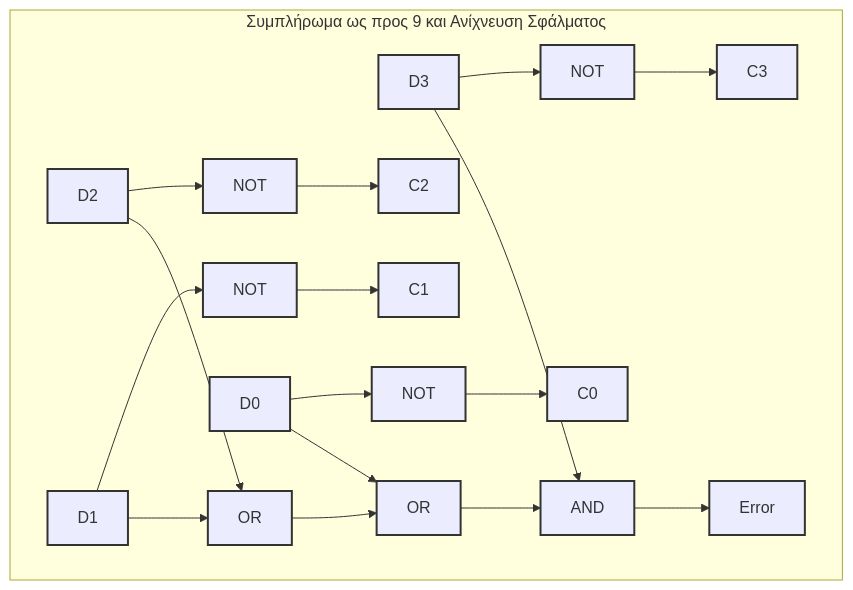
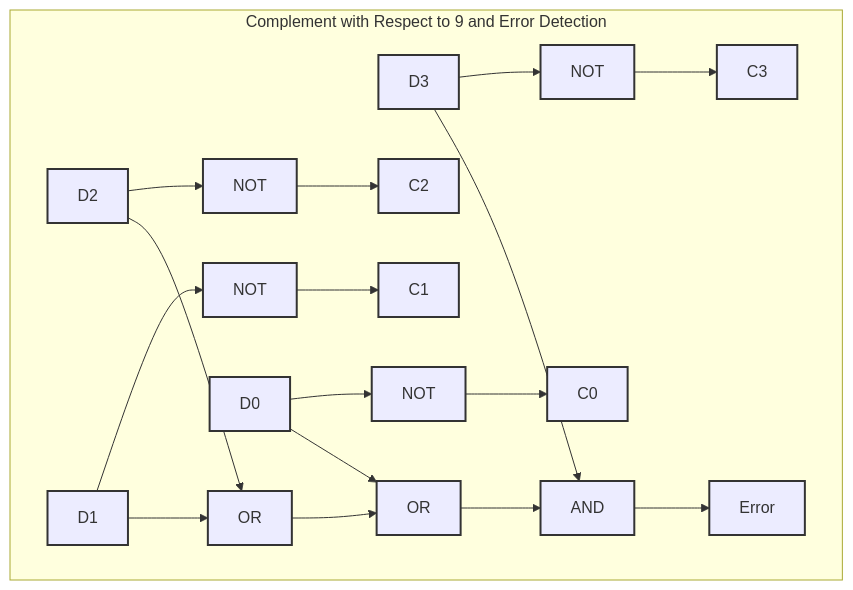
One commit to PanagopoulosNikolaos/DitOpenNotes changed the third of 3 diagrams in Year_1/Semester_1/LOGIC_DESIGN/Exercises/Nick_Λογική_Σχεδίαση_2η_Εργασία/Nick_Λογική_Σχεδίαση_2η_Εργασία.md. Above: the diagram before and after it, drawn with Mermaid. The commit also changed other lines of this file and 12 other files, not shown here.

````diff
--- a/Year_1/Semester_1/LOGIC_DESIGN/Exercises/Nick_Λογική_Σχεδίαση_2η_Εργασία/Nick_Λογική_Σχεδίαση_2η_Εργασία.md
+++ b/Year_1/Semester_1/LOGIC_DESIGN/Exercises/Nick_Λογική_Σχεδίαση_2η_Εργασία/Nick_Λογική_Σχεδίαση_2η_Εργασία.md
@@ -325,33 +325,33 @@
 ```Mermaid
 graph TD
-    subgraph "Συμπλήρωμα ως προς 9 και Ανίχνευση Σφάλματος"
+    subgraph "Complement with Respect to 9 and Error Detection"
         D3 --> NOT3[NOT]
         D2 --> NOT2[NOT]
         D1 --> NOT1[NOT]
         D0 --> NOT0[NOT]
         
         NOT3 --> C3
         NOT2 --> C2
         NOT1 --> C1
         NOT0 --> C0
         
         D2 --> OR1[OR]
         D1 --> OR1
         OR1 --> OR2[OR]
         D0 --> OR2
         
         D3 --> AND1[AND]
         OR2 --> AND1
         
         AND1 --> Error
     end
     
     classDef default fill:\#f9f,stroke:#333,stroke-width:2px;
     classDef not fill:\#ff9,stroke:#333,stroke-width:2px;
     classDef or fill:\#9ff,stroke:#333,stroke-width:2px;
     classDef and fill:\#f99,stroke:#333,stroke-width:2px;
     
     class NOT0,NOT1,NOT2,NOT3 not;
     class OR1,OR2 or;
     class AND1 and;
 ```
````
